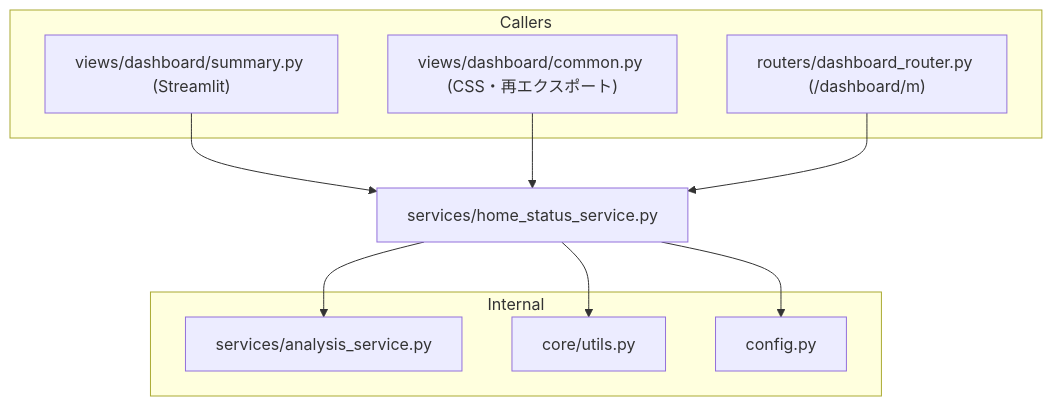
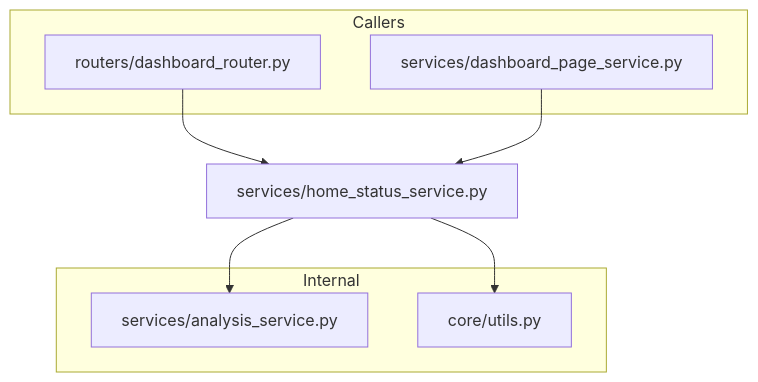
The second of 2 diagrams in docs/specifications/MY_HOME_SYSTEM/home_status_service.md (mmtigers/my_python_project), drawn with Mermaid before and after one commit. The commit also changed other lines of this file and 85 other files, not shown here.

````diff
--- a/docs/specifications/MY_HOME_SYSTEM/home_status_service.md
+++ b/docs/specifications/MY_HOME_SYSTEM/home_status_service.md
@@ -421,24 +532,20 @@
 ```mermaid
 graph TD
     HomeStatus["services/home_status_service.py"]
 
     subgraph Internal
         AnalysisService["services/analysis_service.py"]
         CoreUtils["core/utils.py"]
-        Config["config.py"]
     end
 
     subgraph Callers
-        SummaryPy["views/dashboard/summary.py (Streamlit)"]
-        ViewCommon["views/dashboard/common.py (CSS・再エクスポート)"]
-        DashboardRouter["routers/dashboard_router.py (/dashboard/m)"]
+        DashboardRouter["routers/dashboard_router.py"]
+        DashboardPageService["services/dashboard_page_service.py"]
     end
 
     HomeStatus --> AnalysisService
     HomeStatus --> CoreUtils
-    HomeStatus --> Config
 
-    SummaryPy --> HomeStatus
-    ViewCommon --> HomeStatus
     DashboardRouter --> HomeStatus
+    DashboardPageService --> HomeStatus
 ```
````
